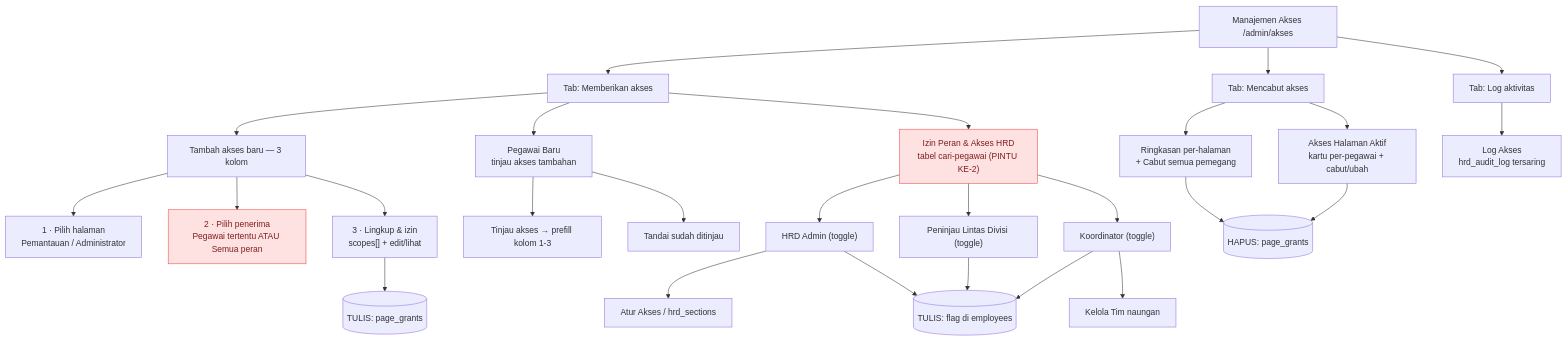
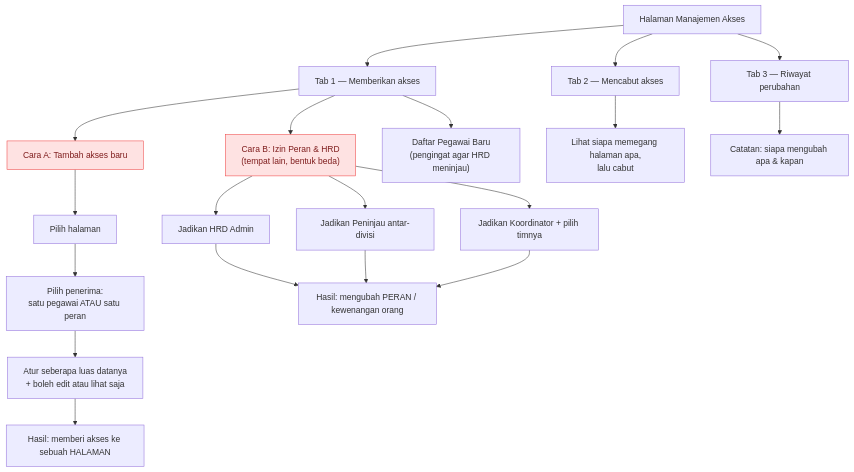
The first of 2 diagrams in docs/pengembangan/DESAIN-MANAJEMEN-AKSES.md (infarmcorp/infarm-360), drawn with Mermaid before and after one commit. The commit also changed other lines of this file, not shown here.

Commit message:
perbarui bahasa diagram mermaid

````diff
--- a/docs/pengembangan/DESAIN-MANAJEMEN-AKSES.md
+++ b/docs/pengembangan/DESAIN-MANAJEMEN-AKSES.md
@@ -189,39 +190,30 @@
 ```mermaid
 flowchart TD
-  A["Manajemen Akses /admin/akses"] --> T1["Tab: Memberikan akses"]
-  A --> T2["Tab: Mencabut akses"]
-  A --> T3["Tab: Log aktivitas"]
+  A["Halaman Manajemen Akses"] --> T1["Tab 1 — Memberikan akses"]
+  A --> T2["Tab 2 — Mencabut akses"]
+  A --> T3["Tab 3 — Riwayat perubahan"]
 
-  %% --- Tab Memberikan ---
-  T1 --> B1["Tambah akses baru — 3 kolom"]
-  B1 --> B1a["1 · Pilih halaman<br/>Pemantauan / Administrator"]
-  B1 --> B1b["2 · Pilih penerima<br/>Pegawai tertentu ATAU Semua peran"]
-  B1 --> B1c["3 · Lingkup & izin<br/>scopes[] + edit/lihat"]
-  B1c --> W1[("TULIS: page_grants")]
+  %% --- Dua cara memberi (sumber kebingungan) ---
+  T1 --> B1["Cara A: Tambah akses baru"]
+  B1 --> B1a["Pilih halaman"]
+  B1a --> B1b["Pilih penerima:<br/>satu pegawai ATAU satu peran"]
+  B1b --> B1c["Atur seberapa luas datanya<br/>+ boleh edit atau lihat saja"]
+  B1c --> W1["Hasil: memberi akses ke sebuah HALAMAN"]
 
-  T1 --> B2["Pegawai Baru<br/>tinjau akses tambahan"]
-  B2 --> B2a["Tinjau akses → prefill kolom 1-3"]
-  B2 --> B2b["Tandai sudah ditinjau"]
-
-  T1 --> B3["Izin Peran & Akses HRD<br/>tabel cari-pegawai (PINTU KE-2)"]
-  B3 --> B3a["HRD Admin (toggle)"]
-  B3a --> B3a1["Atur Akses / hrd_sections"]
-  B3 --> B3b["Peninjau Lintas Divisi (toggle)"]
-  B3 --> B3c["Koordinator (toggle)"]
-  B3c --> B3c1["Kelola Tim naungan"]
-  B3a --> W2[("TULIS: flag di employees")]
+  T1 --> B3["Cara B: Izin Peran & HRD<br/>(tempat lain, bentuk beda)"]
+  B3 --> B3a["Jadikan HRD Admin"]
+  B3 --> B3b["Jadikan Peninjau antar-divisi"]
+  B3 --> B3c["Jadikan Koordinator + pilih timnya"]
+  B3a --> W2["Hasil: mengubah PERAN / kewenangan orang"]
   B3b --> W2
   B3c --> W2
 
-  %% --- Tab Mencabut ---
-  T2 --> C1["Ringkasan per-halaman<br/>+ Cabut semua pemegang"]
-  T2 --> C2["Akses Halaman Aktif<br/>kartu per-pegawai + cabut/ubah"]
-  C1 --> D1[("HAPUS: page_grants")]
-  C2 --> D1
+  T1 --> B2["Daftar Pegawai Baru<br/>(pengingat agar HRD meninjau)"]
 
-  %% --- Tab Log ---
-  T3 --> L1["Log Akses<br/>hrd_audit_log tersaring"]
+  %% --- Mencabut & Riwayat ---
+  T2 --> C1["Lihat siapa memegang halaman apa,<br/>lalu cabut"]
+  T3 --> L1["Catatan: siapa mengubah apa & kapan"]
 
   classDef warn fill:#fee2e2,stroke:#ef4444,color:#7f1d1d;
-  class B1b,B3 warn;
+  class B1,B3 warn;
 ```
````
